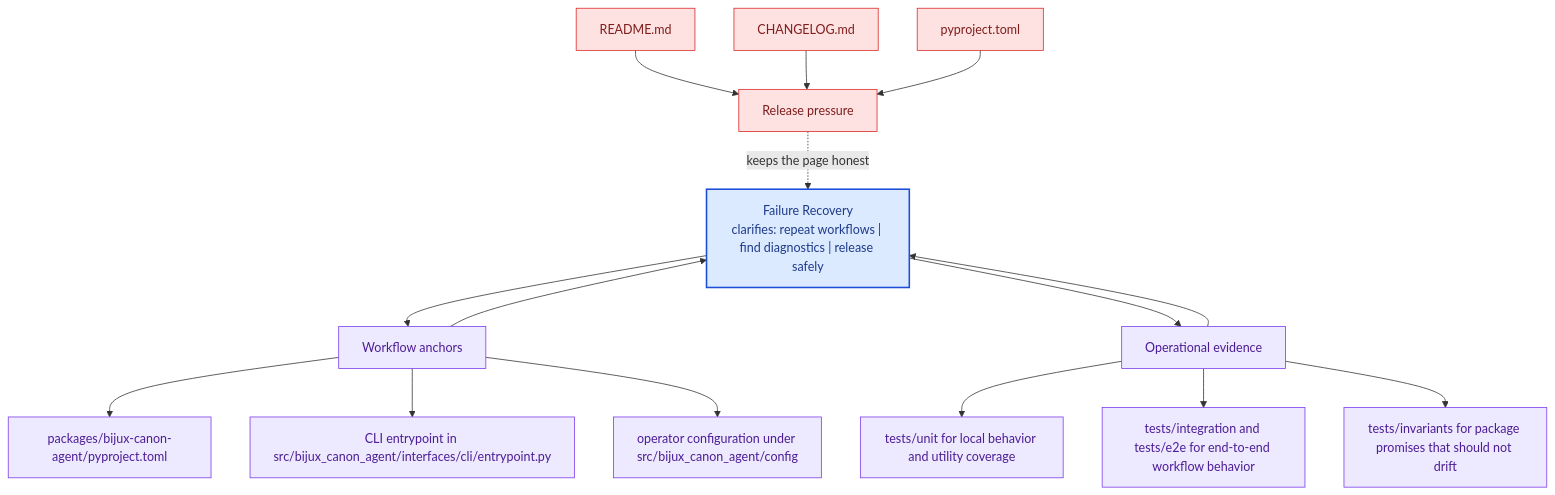
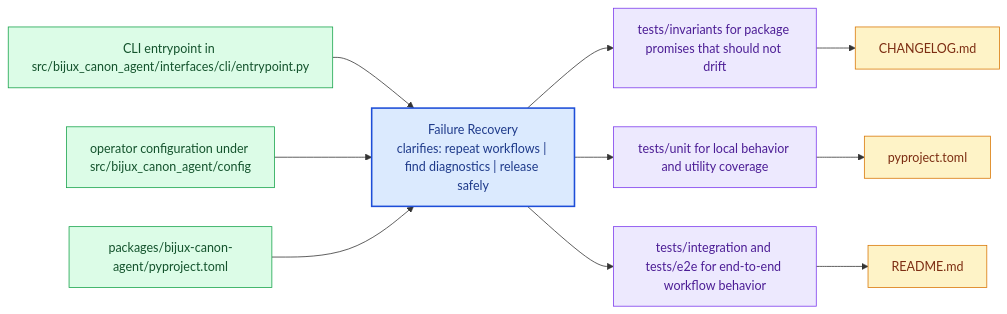
Before and after one commit to bijux/bijux-canon: the diagram in docs/bijux-canon-agent/operations/failure-recovery.md, drawn with Mermaid. The commit also changed other lines of this file and 281 other files, not shown here.

Commit message:
docs(diagrams): replace repeated mermaid scaffolds with page-specific summaries

````diff
--- a/docs/bijux-canon-agent/operations/failure-recovery.md
+++ b/docs/bijux-canon-agent/operations/failure-recovery.md
@@ -67,41 +22,31 @@
 ```mermaid
-flowchart TB
-    promise["Failure Recovery<br/>clarifies: repeat workflows | find diagnostics | release safely"]
-    classDef promise fill:#dbeafe,stroke:#1d4ed8,color:#1e3a8a,stroke-width:2px;
-    classDef driver fill:#dcfce7,stroke:#16a34a,color:#14532d;
-    classDef constraint fill:#fee2e2,stroke:#dc2626,color:#7f1d1d;
-    classDef ground fill:#ede9fe,stroke:#7c3aed,color:#4c1d95;
-    focus1["Workflow anchors"]
-    focus1 --> promise
-    promise --> focus1
-    focus1_1["packages/bijux-canon-agent/pyproject.toml"]
-    focus1 --> focus1_1
-    focus1_2["CLI entrypoint in src/bijux_canon_agent/interfaces/cli/entrypoint.py"]
-    focus1 --> focus1_2
-    focus1_3["operator configuration under src/bijux_canon_agent/config"]
-    focus1 --> focus1_3
-    class focus1 ground;
-    class focus1_1,focus1_2,focus1_3 ground;
-    focus2["Operational evidence"]
-    focus2 --> promise
-    promise --> focus2
-    focus2_1["tests/unit for local behavior and utility coverage"]
-    focus2 --> focus2_1
-    focus2_2["tests/integration and tests/e2e for end-to-end workflow behavior"]
-    focus2 --> focus2_2
-    focus2_3["tests/invariants for package promises that should not drift"]
-    focus2 --> focus2_3
-    class focus2 ground;
-    class focus2_1,focus2_2,focus2_3 ground;
-    focus3["Release pressure"]
-    focus3 -.keeps the page honest.-> promise
-    focus3_1["README.md"]
-    focus3_1 --> focus3
-    focus3_2["CHANGELOG.md"]
-    focus3_2 --> focus3
-    focus3_3["pyproject.toml"]
-    focus3_3 --> focus3
-    class focus3 constraint;
-    class focus3_1,focus3_2,focus3_3 constraint;
-    class promise promise;
+flowchart LR
+    page["Failure Recovery<br/>clarifies: repeat workflows | find diagnostics | release safely"]
+    classDef page fill:#dbeafe,stroke:#1d4ed8,color:#1e3a8a,stroke-width:2px;
+    classDef positive fill:#dcfce7,stroke:#16a34a,color:#14532d;
+    classDef caution fill:#fee2e2,stroke:#dc2626,color:#7f1d1d;
+    classDef anchor fill:#ede9fe,stroke:#7c3aed,color:#4c1d95;
+    classDef action fill:#fef3c7,stroke:#d97706,color:#7c2d12;
+    step1["CLI entrypoint in src/bijux_canon_agent/interfaces/cli/entrypoint.py"]
+    step1 --> page
+    step2["operator configuration under src/bijux_canon_agent/config"]
+    step2 --> page
+    step3["packages/bijux-canon-agent/pyproject.toml"]
+    step3 --> page
+    run1["tests/invariants for package promises that should not drift"]
+    page --> run1
+    run2["tests/unit for local behavior and utility coverage"]
+    page --> run2
+    run3["tests/integration and tests/e2e for end-to-end workflow behavior"]
+    page --> run3
+    release1["CHANGELOG.md"]
+    run1 --> release1
+    release2["pyproject.toml"]
+    run2 --> release2
+    release3["README.md"]
+    run3 --> release3
+    class page page;
+    class step1,step2,step3 positive;
+    class run1,run2,run3 anchor;
+    class release1,release2,release3 action;
 ```
````
